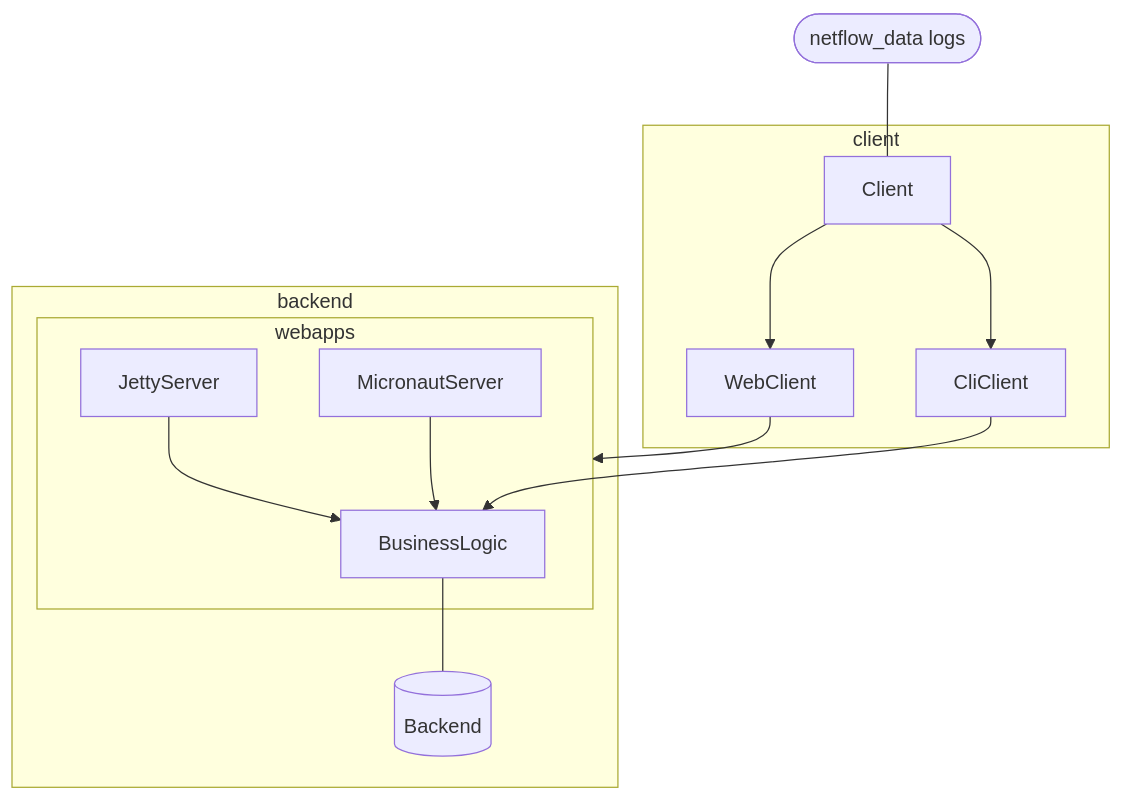
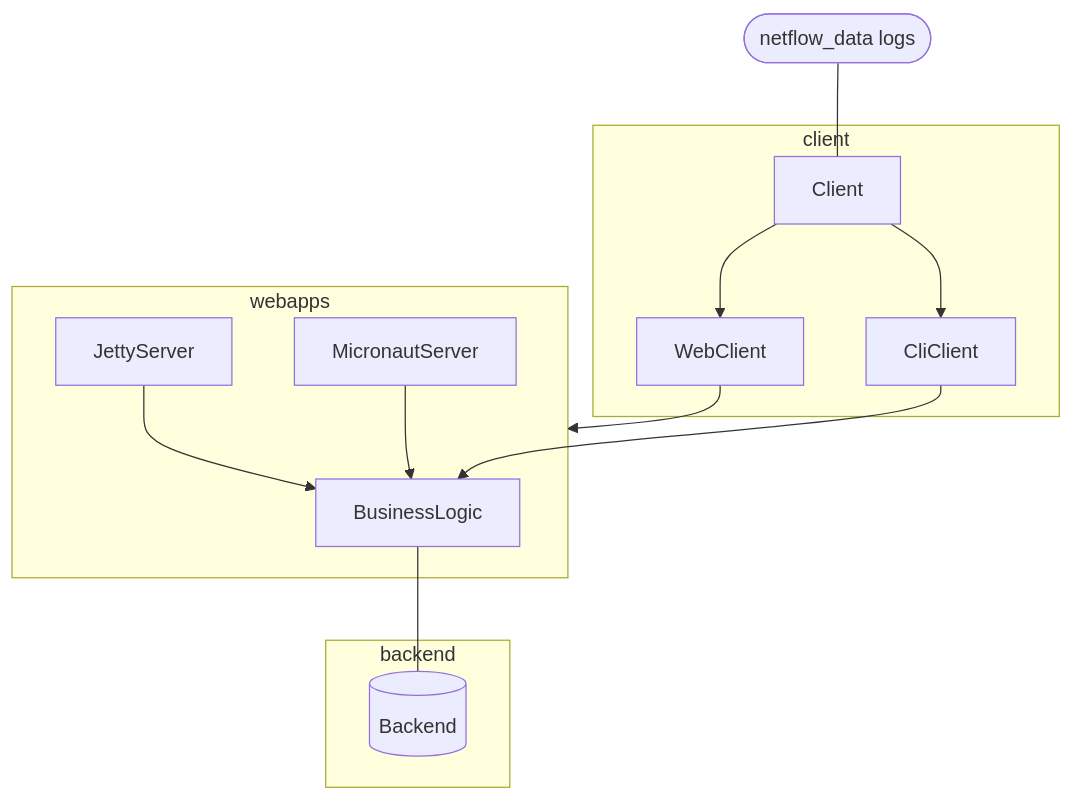
The first of 2 diagrams in readme.md (jaokim/inside-java-dumpster), drawn with Mermaid before and after one commit.

Commit message:
Updated graph for test

````diff
--- a/readme.md
+++ b/readme.md
@@ -14,17 +14,17 @@
 ```mermaid
 flowchart TD
   nf([netflow_data logs]) --- Client
   WebClient --> webapps
   CliClient --> BusinessLogic
   subgraph client
     Client --> WebClient
     Client --> CliClient
   end
-    subgraph backend
-      subgraph webapps
-        JettyServer -->  BusinessLogic
-        MicronautServer --> BusinessLogic
-      end
+  subgraph webapps
+    JettyServer -->  BusinessLogic
+    MicronautServer --> BusinessLogic
+  end
+  subgraph backend
     BusinessLogic --- bd[(Backend)]
   end
 ```
````
